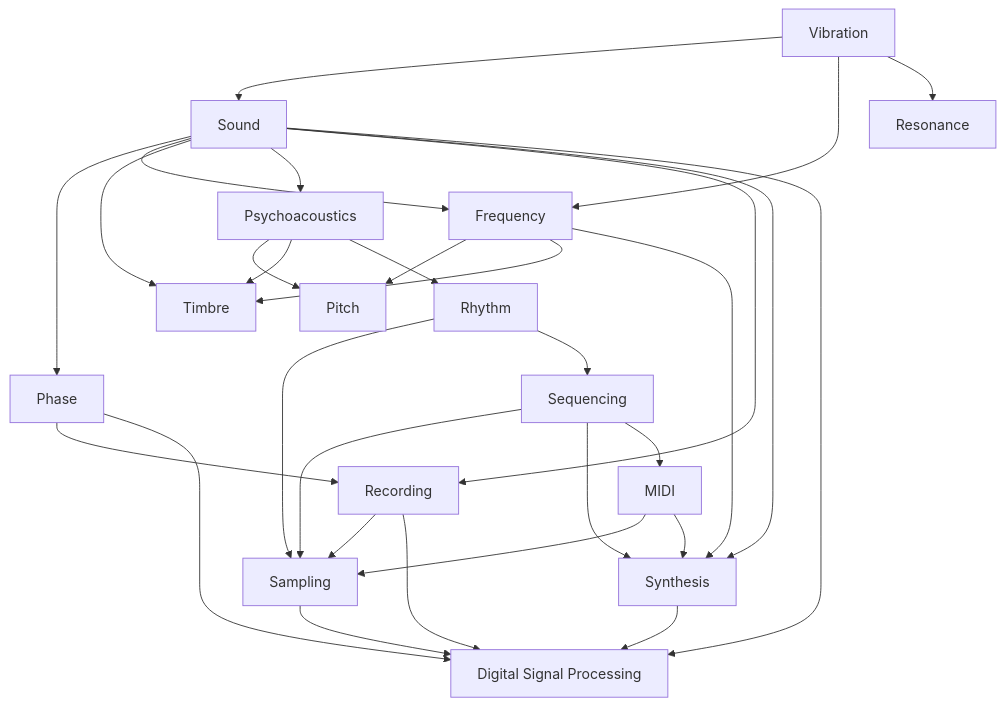
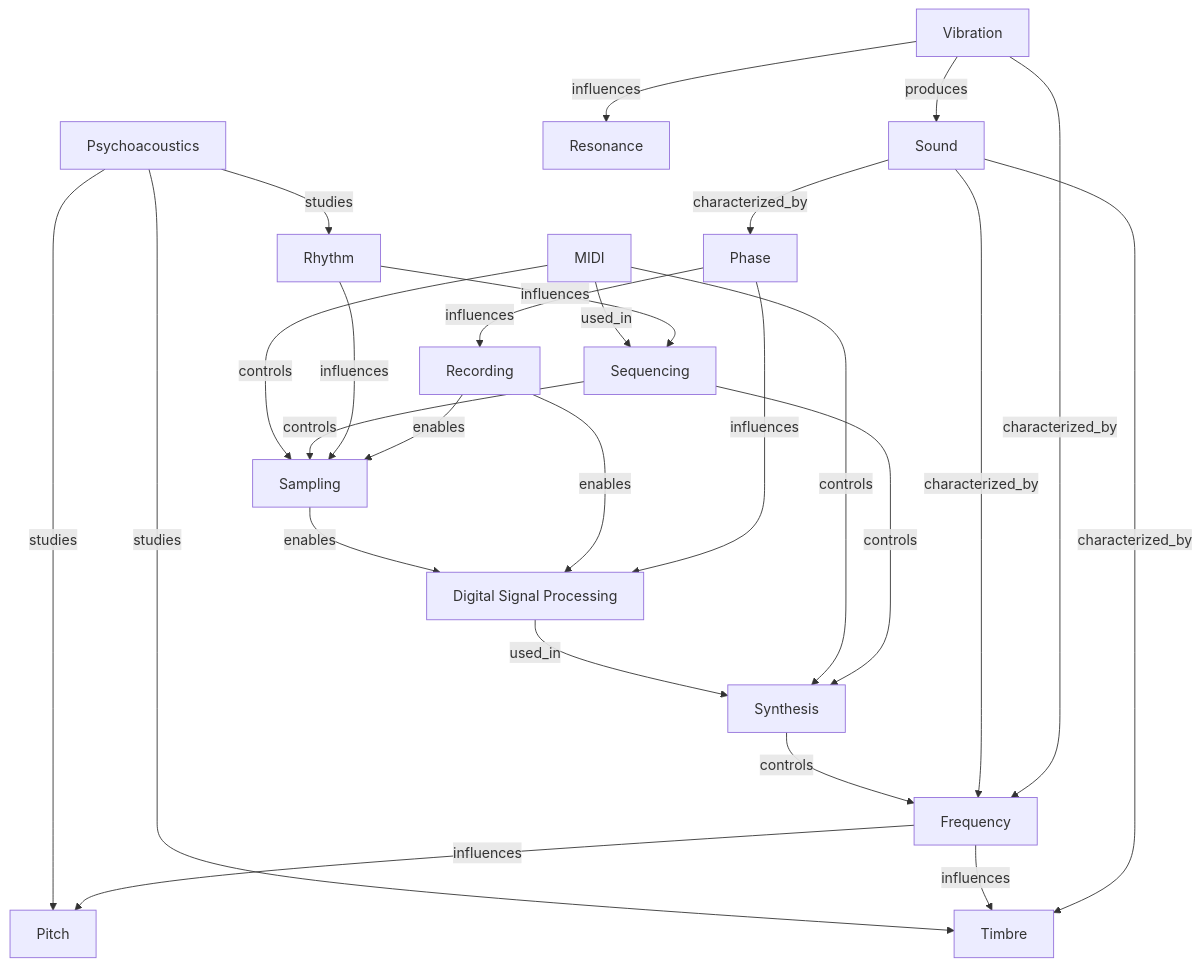
The diagram in docs/session-node-map.md (britbufkin1225-web/audiomuse), drawn with Mermaid before and after one commit. The commit also changed other lines of this file and 22 other files, not shown here.

First line of the commit message:
Phase 4: Typed relationship graph and edge semantics (#3)

````diff
--- a/docs/session-node-map.md
+++ b/docs/session-node-map.md
@@ -51,36 +49,32 @@
 ```mermaid
 graph TD
-    VIBRATION[Vibration] --> SOUND[Sound]
-    VIBRATION --> FREQUENCY[Frequency]
-    VIBRATION --> RESONANCE[Resonance]
+    VIBRATION[Vibration] -- produces --> SOUND[Sound]
+    VIBRATION -- characterized_by --> FREQUENCY[Frequency]
+    VIBRATION -- influences --> RESONANCE[Resonance]
 
-    SOUND --> PHASE[Phase]
-    SOUND --> FREQUENCY
-    SOUND --> TIMBRE[Timbre]
-    SOUND --> PSYCHO[Psychoacoustics]
-    SOUND --> RECORDING[Recording]
-    SOUND --> SYNTHESIS[Synthesis]
-    SOUND --> DSP[Digital Signal Processing]
+    SOUND -- characterized_by --> PHASE[Phase]
+    SOUND -- characterized_by --> FREQUENCY
+    SOUND -- characterized_by --> TIMBRE[Timbre]
 
-    FREQUENCY --> PITCH[Pitch]
-    FREQUENCY --> TIMBRE
-    FREQUENCY --> SYNTHESIS
-    PHASE --> RECORDING
-    PHASE --> DSP
+    FREQUENCY -- influences --> PITCH[Pitch]
+    FREQUENCY -- influences --> TIMBRE
+    SYNTHESIS[Synthesis] -- controls --> FREQUENCY
+    PHASE -- influences --> RECORDING[Recording]
+    PHASE -- influences --> DSP[Digital Signal Processing]
 
-    PSYCHO --> PITCH
-    PSYCHO --> TIMBRE
-    PSYCHO --> RHYTHM[Rhythm]
+    PSYCHO[Psychoacoustics] -- studies --> PITCH
+    PSYCHO -- studies --> TIMBRE
+    PSYCHO -- studies --> RHYTHM[Rhythm]
 
-    RECORDING --> SAMPLING[Sampling]
-    RECORDING --> DSP
-    RHYTHM --> SAMPLING
-    RHYTHM --> SEQUENCING[Sequencing]
-    SEQUENCING --> SAMPLING
-    SEQUENCING --> SYNTHESIS
-    SEQUENCING --> MIDI[MIDI]
-    MIDI --> SAMPLING
-    MIDI --> SYNTHESIS
-    SYNTHESIS --> DSP
-    SAMPLING --> DSP
+    RECORDING -- enables --> SAMPLING[Sampling]
+    RECORDING -- enables --> DSP
+    RHYTHM -- influences --> SAMPLING
+    RHYTHM -- influences --> SEQUENCING[Sequencing]
+    SEQUENCING -- controls --> SAMPLING
+    SEQUENCING -- controls --> SYNTHESIS
+    MIDI[MIDI] -- used_in --> SEQUENCING
+    MIDI -- controls --> SAMPLING
+    MIDI -- controls --> SYNTHESIS
+    DSP -- used_in --> SYNTHESIS
+    SAMPLING -- enables --> DSP
 ```
````
